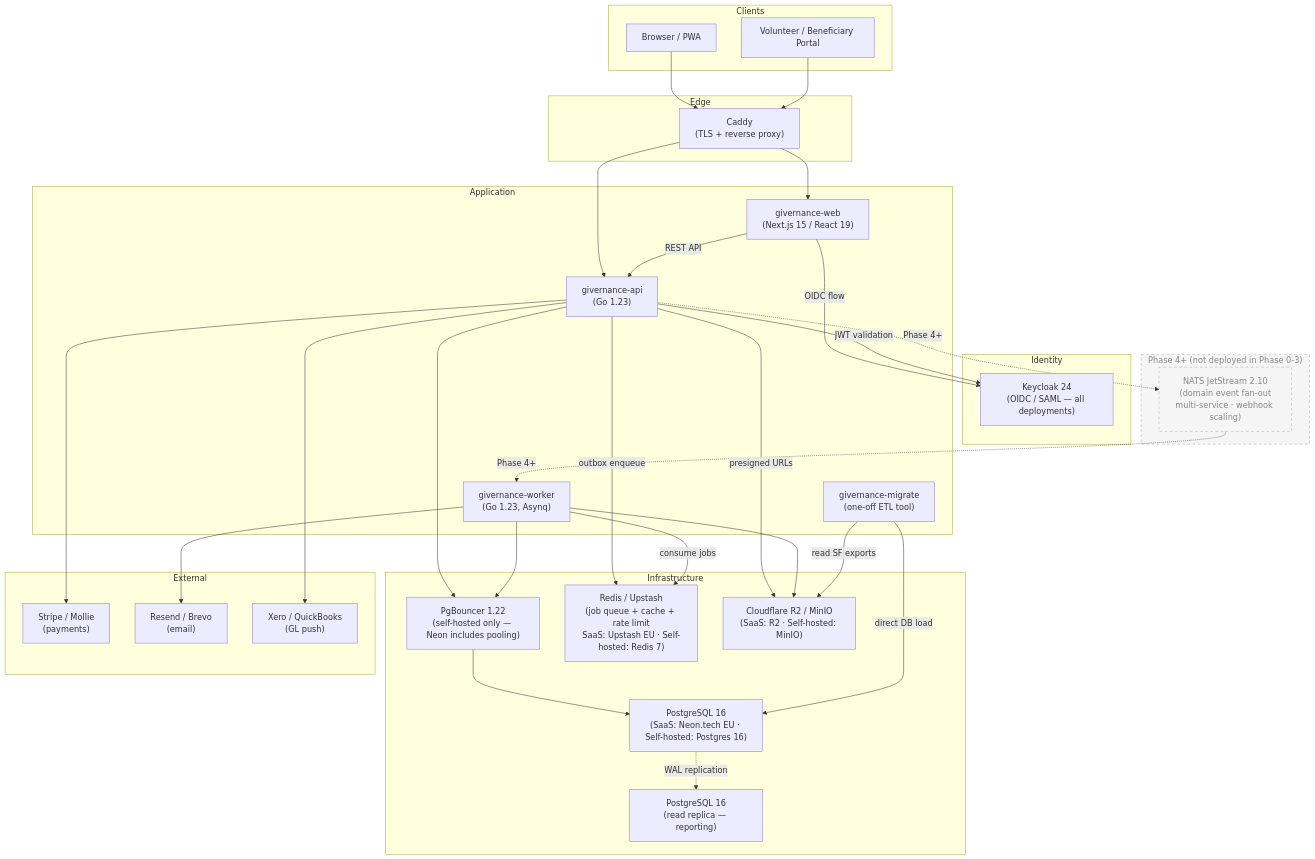
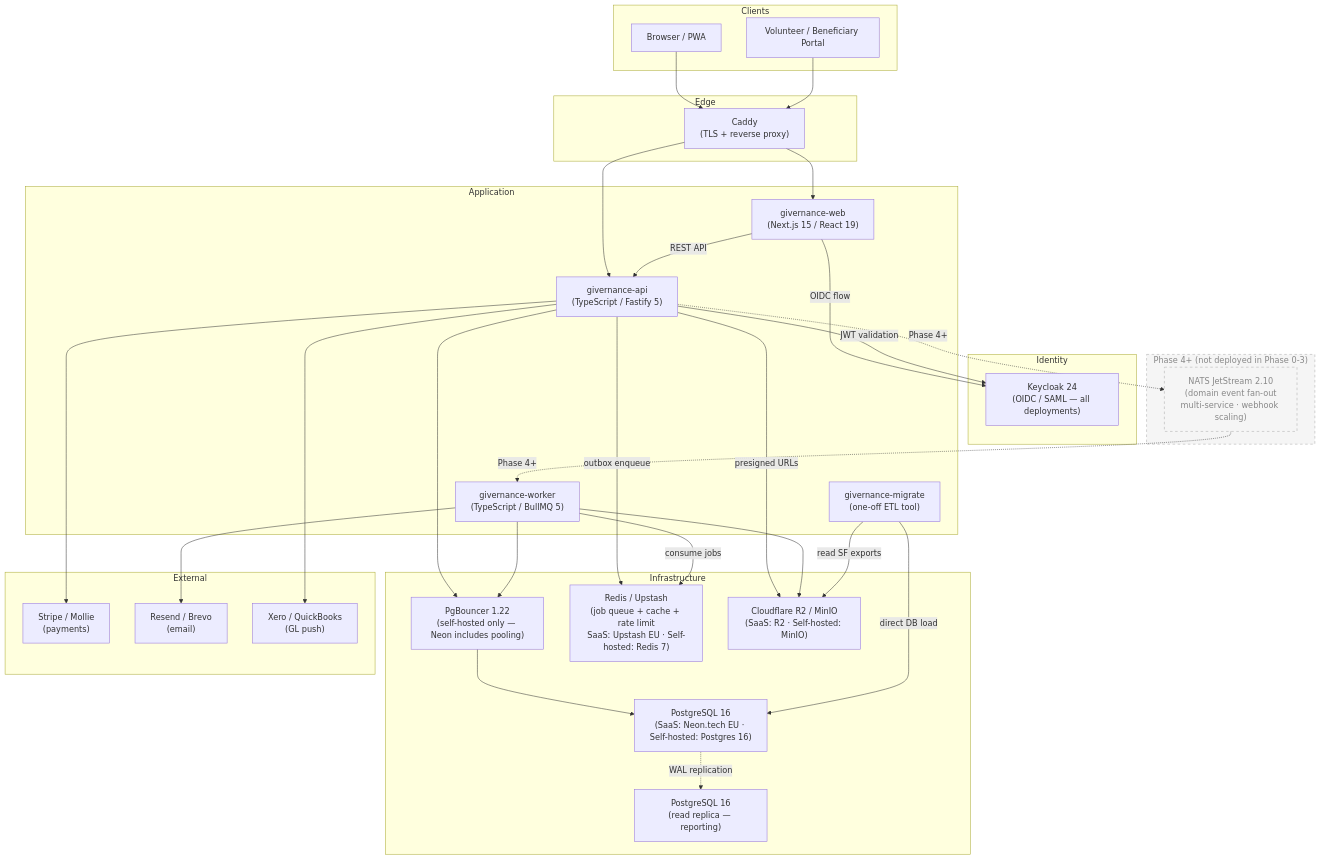
Before and after one commit to Onigam/givernance: the diagram in diagrams/container.mmd, drawn with Mermaid. The commit also changed 1 other file, not shown here.

Commit message:
docs(arch): migrate backend stack from Go to TypeScript

```diff
--- a/diagrams/container.mmd
+++ b/diagrams/container.mmd
@@ -1,70 +1,70 @@
 flowchart TB
   subgraph Clients
     Browser["Browser / PWA"]
     VolPortal["Volunteer / Beneficiary Portal"]
   end
 
   subgraph Edge
     Caddy["Caddy\n(TLS + reverse proxy)"]
   end
 
   subgraph Application
     Web["givernance-web\n(Next.js 15 / React 19)"]
-    API["givernance-api\n(Go 1.23)"]
-    Worker["givernance-worker\n(Go 1.23, Asynq)"]
+    API["givernance-api\n(TypeScript / Fastify 5)"]
+    Worker["givernance-worker\n(TypeScript / BullMQ 5)"]
     Migrate["givernance-migrate\n(one-off ETL tool)"]
   end
 
   subgraph Infrastructure
     PG["PostgreSQL 16\n(SaaS: Neon.tech EU · Self-hosted: Postgres 16)"]
     PgBouncer["PgBouncer 1.22\n(self-hosted only — Neon includes pooling)"]
     PGReplica["PostgreSQL 16\n(read replica — reporting)"]
     Redis["Redis / Upstash\n(job queue + cache + rate limit\nSaaS: Upstash EU · Self-hosted: Redis 7)"]
     Storage["Cloudflare R2 / MinIO\n(SaaS: R2 · Self-hosted: MinIO)"]
   end
 
   subgraph Identity
     Keycloak["Keycloak 24\n(OIDC / SAML — all deployments)"]
   end
 
   subgraph Phase4["Phase 4+ (not deployed in Phase 0-3)"]
     NATS["NATS JetStream 2.10\n(domain event fan-out\nmulti-service · webhook scaling)"]
   end
 
   subgraph External
     Stripe["Stripe / Mollie\n(payments)"]
     Email["Resend / Brevo\n(email)"]
     Accounting["Xero / QuickBooks\n(GL push)"]
   end
 
   Browser --> Caddy
   VolPortal --> Caddy
   Caddy --> Web
   Caddy --> API
 
   Web -->|REST API| API
   Web -->|OIDC flow| Keycloak
 
   API --> PgBouncer
   PgBouncer --> PG
   PG -.->|WAL replication| PGReplica
   API -->|outbox enqueue| Redis
   API -->|presigned URLs| Storage
   API -->|JWT validation| Keycloak
   API --> Stripe
   API --> Accounting
 
   Worker -->|consume jobs| Redis
   Worker --> PgBouncer
   Worker --> Storage
   Worker --> Email
 
   Migrate -->|direct DB load| PG
   Migrate -->|read SF exports| Storage
 
   API -.->|Phase 4+| NATS
   NATS -.->|Phase 4+| Worker
 
   classDef phased fill:#f5f5f5,stroke:#aaa,stroke-dasharray:5 5,color:#888
   class NATS phased
   class Phase4 phased
```
